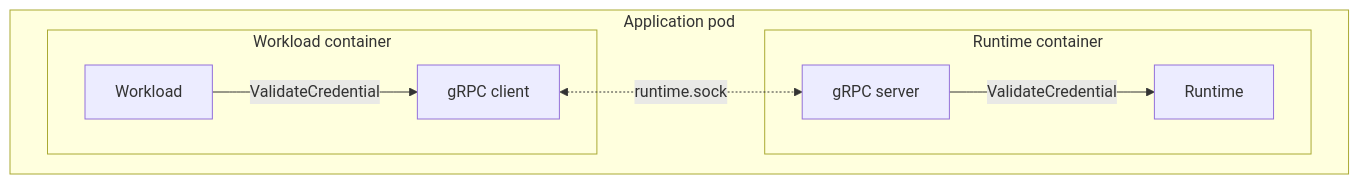
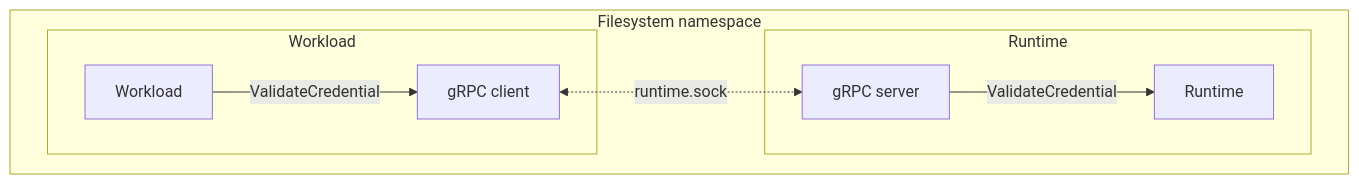
Before and after one commit to metal-toolbox/iam-runtime: the diagram in spec.md, drawn with Mermaid. The commit also changed other lines of this file and 8 other files, not shown here.

````diff
--- a/spec.md
+++ b/spec.md
@@ -48,12 +48,12 @@
 ```mermaid
 graph TB
-    subgraph "Application pod"
-        subgraph "Workload container"
+    subgraph "Filesystem namespace"
+        subgraph "Workload"
             W[Workload] --"ValidateCredential"--> C[gRPC client]
         end
-        subgraph "Runtime container"
+        subgraph "Runtime"
             C <-."runtime.sock".-> S[gRPC server]
             S --"ValidateCredential"--> R[Runtime]
         end
     end
 ```
````
